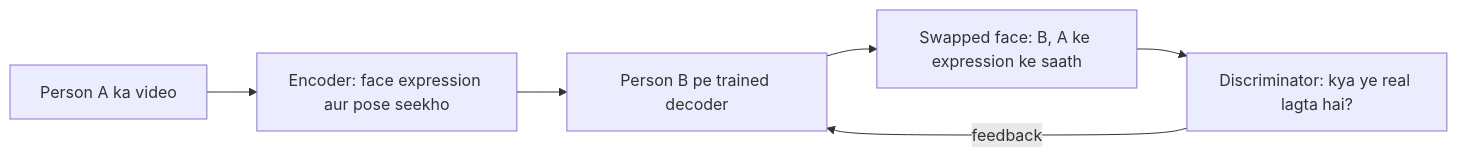
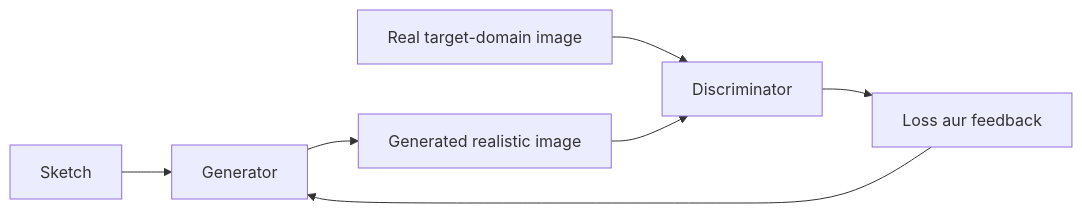
The fourth of 4 diagrams in content/deep-learning/notes/gan.hi.mdx (TrendySloth1001/sem-seven-notes), drawn with Mermaid before and after one commit. The commit also changed other lines of this file and 168 other files, not shown here.

Commit message:
Rewrite the Module 1, activation, loss and GAN notes and their 25 answers from the teachers' class files. They keep the teacher's definitions, use 80 of their figures with class-notes citations only, and fix the slide errors in the XOR, NAND, loss and KL formulas.

````diff
--- a/content/deep-learning/notes/gan.hi.mdx
+++ b/content/deep-learning/notes/gan.hi.mdx
@@ -313,9 +204,10 @@
 ```mermaid
-%% caption: Face-swap deepfake kaise banta hai, outline mein. Shared encoder person A ka expression padhta hai aur person B pe trained decoder use B ke face ki tarah redraw karta hai. Optional discriminator swap ko natural banata hai.
+%% caption: GAN se image-to-image translation. Loop tab tak repeat hota hai jab tak generated image target domain ki real image jaisi na dikhe.
 flowchart LR
-  A["Person A ka video"] --> E["Encoder: face expression aur pose seekho"]
-  E --> Dc["Person B pe trained decoder"]
-  Dc --> S["Swapped face: B, A ke expression ke saath"]
-  S --> Di["Discriminator: kya ye real lagta hai?"]
-  Di -- "feedback" --> Dc
+  A["Sketch"] --> B["Generator"]
+  B --> C["Generated realistic image"]
+  D["Real target-domain image"] --> E["Discriminator"]
+  C --> E
+  E --> F["Loss aur feedback"]
+  F --> B
 ```
````
